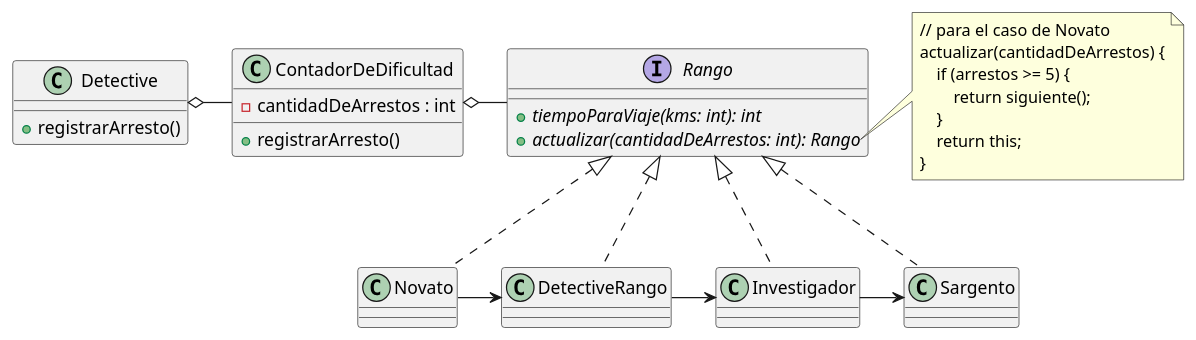
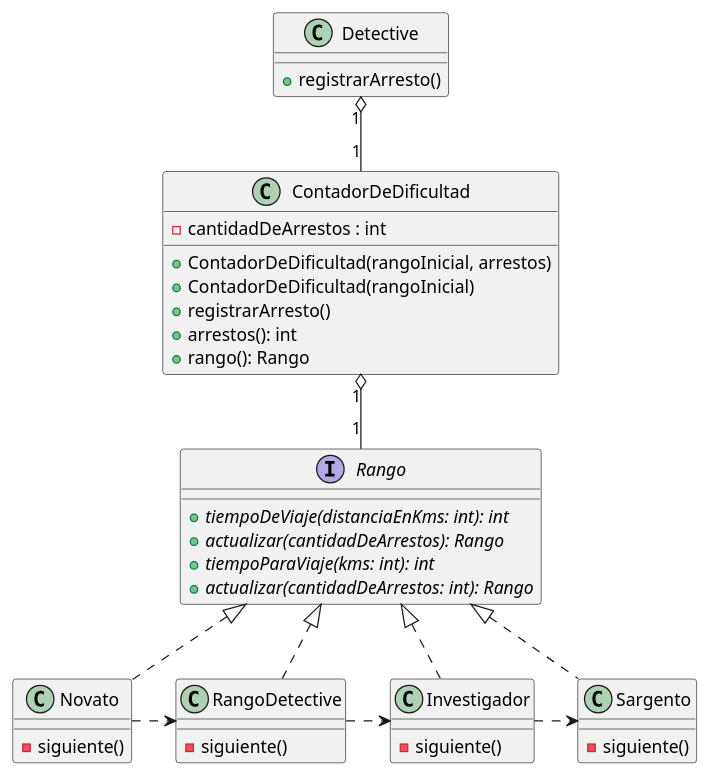
One commit to MegaRedHand/algo-thief changed the diagram in diagrams/classes/clase_rango.plantuml. Above: the diagram before and after it, drawn with PlantUML. The commit also changed 20 other files, not shown here.

Commit message:
docs: actualizo los diagramas de clase

```diff
--- a/diagrams/classes/clase_rango.plantuml
+++ b/diagrams/classes/clase_rango.plantuml
@@ -1,39 +1,45 @@
 @startuml
 
 class Detective {
     + registrarArresto()
 }
 
+interface Rango {
+    + {abstract} tiempoDeViaje(distanciaEnKms: int): int
+    + {abstract} actualizar(cantidadDeArrestos): Rango
+}
+
+class Novato implements Rango {
+    - siguiente()
+}
+class RangoDetective implements Rango {
+    - siguiente()
+}
+class Investigador implements Rango {
+    - siguiente()
+}
+class Sargento implements Rango {
+    - siguiente()
+}
+
 class ContadorDeDificultad {
     - cantidadDeArrestos : int
+    + ContadorDeDificultad(rangoInicial, arrestos)
+    + ContadorDeDificultad(rangoInicial)
     + registrarArresto()
+    + arrestos(): int
+    + rango(): Rango
 }
-
-Detective o- ContadorDeDificultad
-ContadorDeDificultad o- Rango
 
 interface Rango {
     + {abstract}tiempoParaViaje(kms: int): int
     + {abstract}actualizar(cantidadDeArrestos: int): Rango
 }
 
-class Novato implements Rango
-class DetectiveRango implements Rango
-class Investigador implements Rango
-class Sargento implements Rango
-
-Novato -> DetectiveRango
-DetectiveRango -> Investigador
-Investigador -> Sargento
-
-note right of Rango::actualizar
-// para el caso de Novato
-actualizar(cantidadDeArrestos) {
-    if (arrestos >= 5) {
-        return siguiente();
-    }
-    return this;
-}
-end note
+Detective "1" o-- "1" ContadorDeDificultad
+ContadorDeDificultad "1" o-- "1" Rango
+Novato .> RangoDetective
+RangoDetective .> Investigador
+Investigador .> Sargento
 
 @enduml
```
